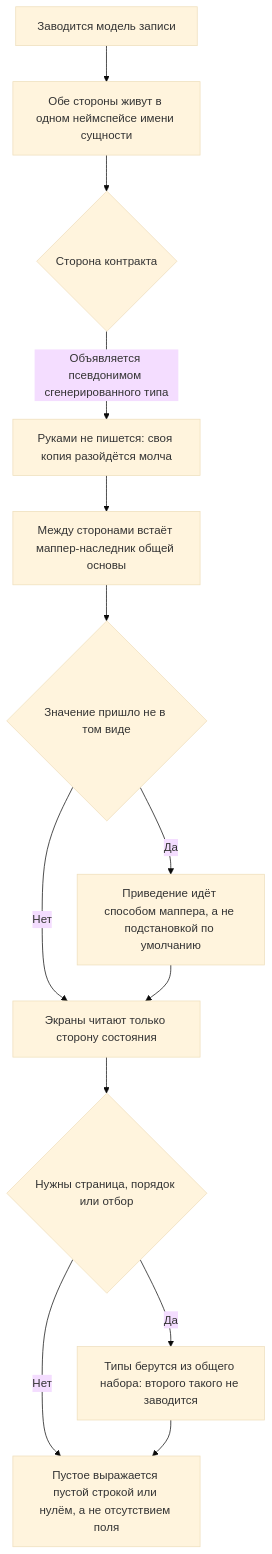
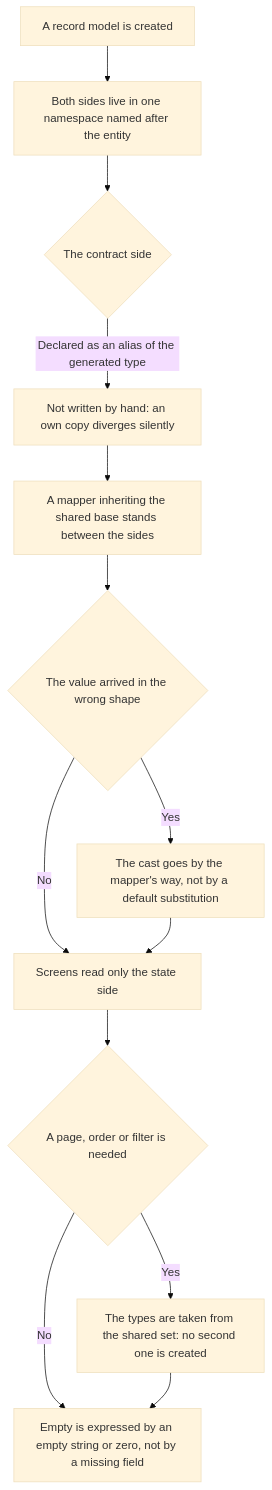
Before and after one commit to Eyhenij/rt-tools: the diagram in .claude/skills/entity-models/SKILL.md, drawn with Mermaid (base theme). The commit also changed other lines of this file and 33 other files, not shown here.

````diff
--- a/.claude/skills/entity-models/SKILL.md
+++ b/.claude/skills/entity-models/SKILL.md
@@ -37,15 +38,15 @@
 ```mermaid
 flowchart TD
-    A[Заводится модель записи] --> B[Обе стороны живут в одном неймспейсе имени сущности]
-    B --> C{Сторона контракта}
-    C -->|Объявляется псевдонимом сгенерированного типа| D[Руками не пишется: своя копия разойдётся молча]
-    D --> E[Между сторонами встаёт маппер-наследник общей основы]
-    E --> F{Значение пришло не в том виде}
-    F -->|Да| G[Приведение идёт способом маппера, а не подстановкой по умолчанию]
-    F -->|Нет| H[Экраны читают только сторону состояния]
+    A[A record model is created] --> B[Both sides live in one namespace named after the entity]
+    B --> C{The contract side}
+    C -->|Declared as an alias of the generated type| D[Not written by hand: an own copy diverges silently]
+    D --> E[A mapper inheriting the shared base stands between the sides]
+    E --> F{The value arrived in the wrong shape}
+    F -->|Yes| G[The cast goes by the mapper's way, not by a default substitution]
+    F -->|No| H[Screens read only the state side]
     G --> H
-    H --> I{Нужны страница, порядок или отбор}
-    I -->|Да| J[Типы берутся из общего набора: второго такого не заводится]
-    I -->|Нет| K[Пустое выражается пустой строкой или нулём, а не отсутствием поля]
+    H --> I{A page, order or filter is needed}
+    I -->|Yes| J[The types are taken from the shared set: no second one is created]
+    I -->|No| K[Empty is expressed by an empty string or zero, not by a missing field]
     J --> K
 ```
````
